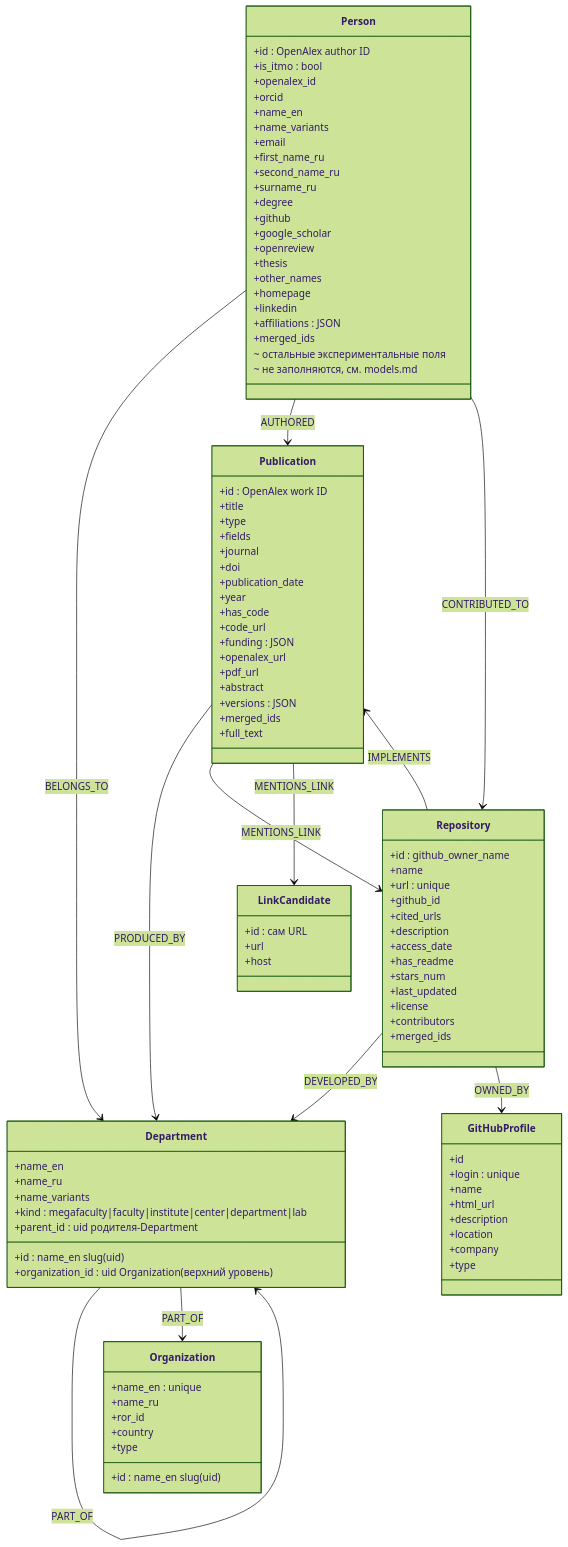
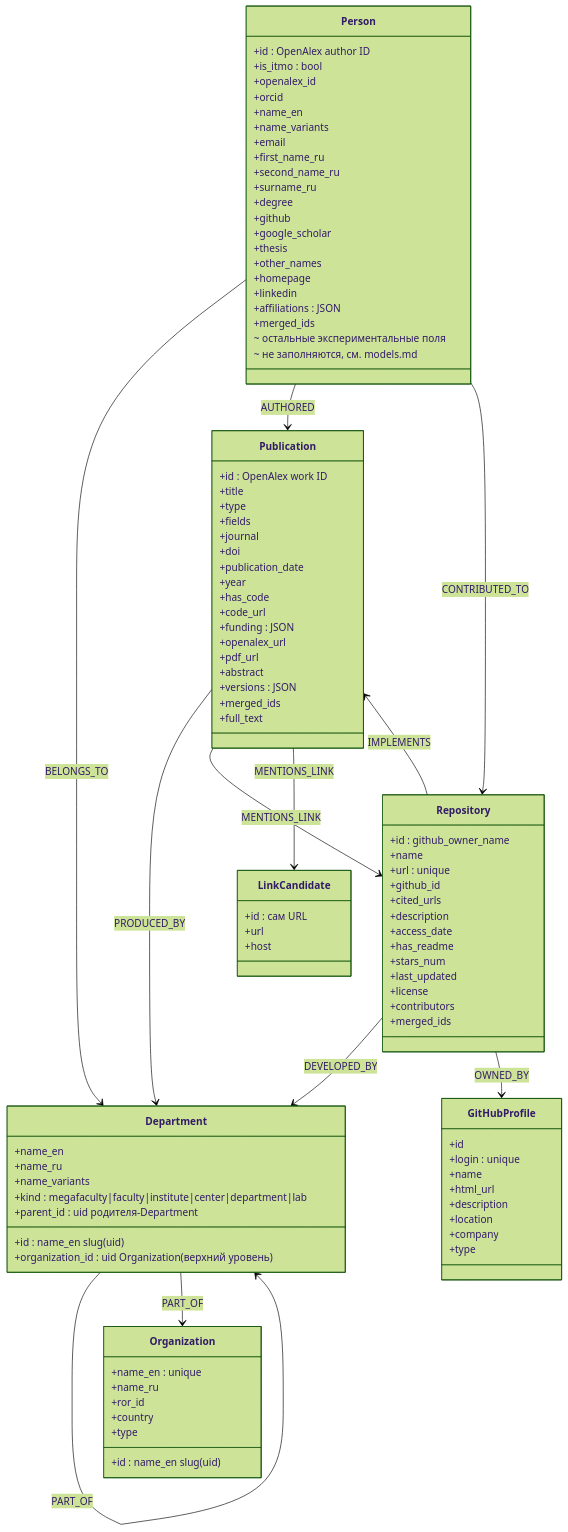
The diagram in docs/diagrams/neo4j-schema.md (ITMO-NSS-team/PAUK), drawn with Mermaid (forest theme) before and after one commit. The commit also changed 24 other files, not shown here.

```diff
--- a/docs/diagrams/neo4j-schema.md
+++ b/docs/diagrams/neo4j-schema.md
@@ -16,7 +16,6 @@
         +degree
         +github
         +google_scholar
-        +openreview
         +thesis
         +other_names
         +homepage
```
